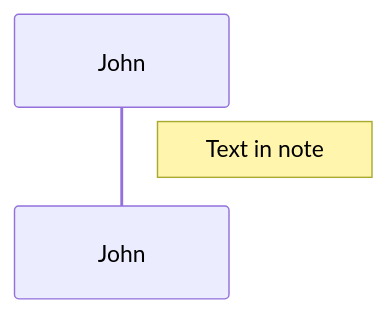
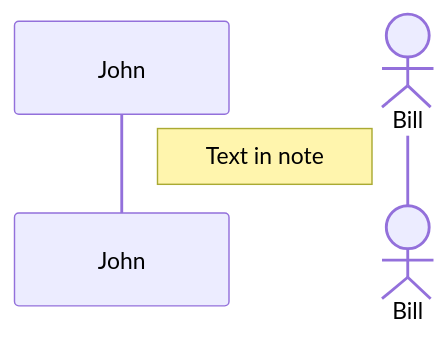
One commit to monaqa/tree-sitter-mermaid changed the diagram in examples/example-sequence-2.mmd. Above: the diagram before and after it, drawn with Mermaid. The commit also changed 4 other files, not shown here.

```diff
--- a/examples/example-sequence-2.mmd
+++ b/examples/example-sequence-2.mmd
@@ -1,3 +1,4 @@
 sequenceDiagram
     participant John
+    actor Bill
     Note right of John: Text in note
```
